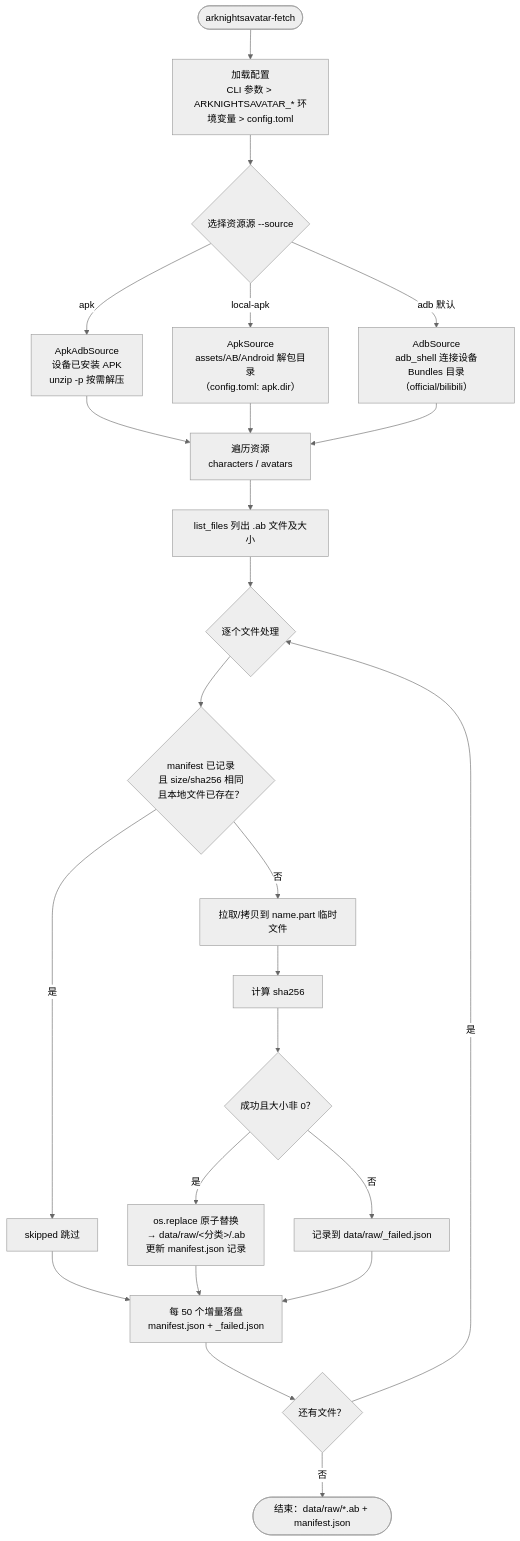
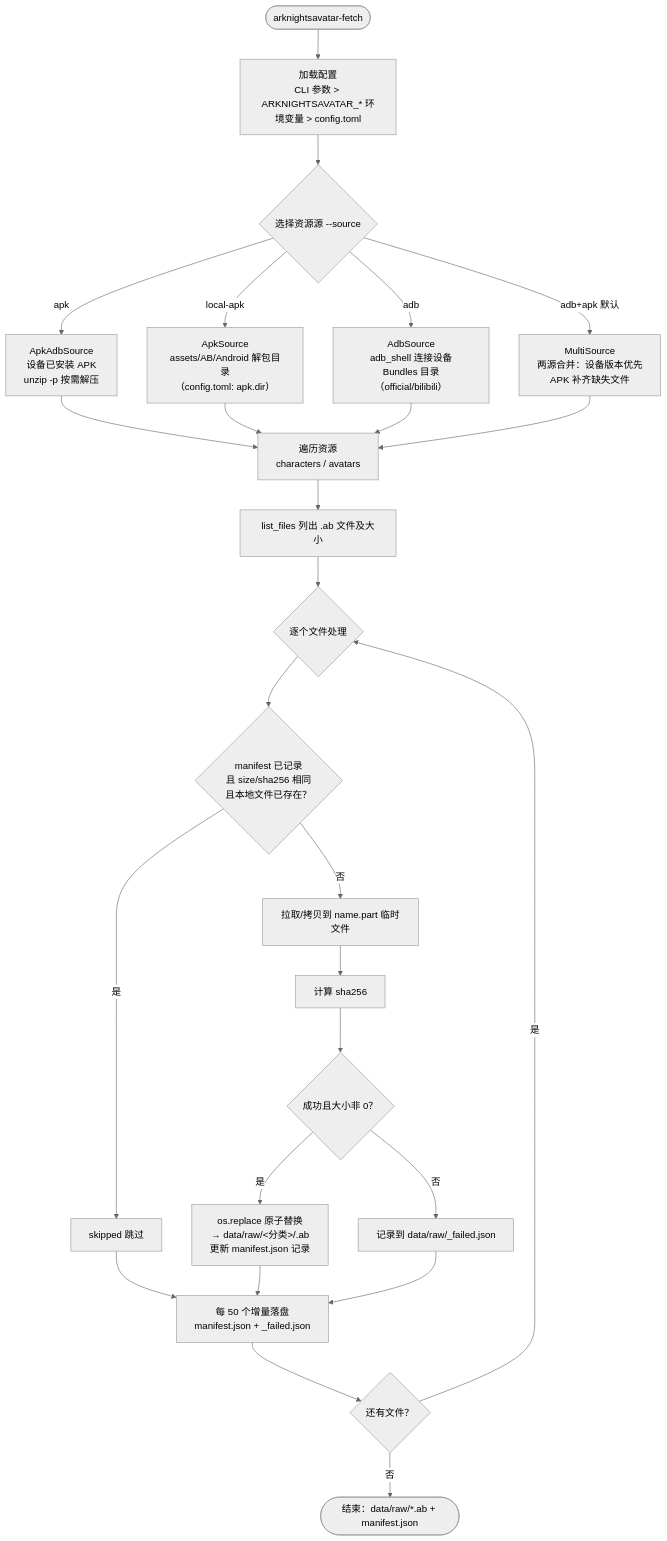
One commit to Arkfans/ArknightsAvatar changed the second of 11 diagrams in docs/生产流程图.md. Above: the diagram before and after it, drawn with Mermaid (neutral theme). The commit also changed other lines of this file and 14 other files, not shown here.

First line of the commit message:
feat(fetch): 默认 adb+apk 双源合并拉取（MultiSource 组合源）

````diff
--- a/docs/生产流程图.md
+++ b/docs/生产流程图.md
@@ -78,26 +78,28 @@
 ```mermaid
 flowchart TD
     Start(["arknightsavatar-fetch"]) --> Cfg["加载配置<br/>CLI 参数 > ARKNIGHTSAVATAR_* 环境变量 > config.toml"]
     Cfg --> Src{"选择资源源 --source"}
     Src -->|"apk"| APK["ApkAdbSource<br/>设备已安装 APK<br/>unzip -p 按需解压"]
     Src -->|"local-apk"| LOCAL["ApkSource<br/>assets/AB/Android 解包目录<br/>（config.toml: apk.dir）"]
-    Src -->|"adb 默认"| ADB["AdbSource<br/>adb_shell 连接设备<br/>Bundles 目录（official/bilibili）"]
+    Src -->|"adb"| ADB["AdbSource<br/>adb_shell 连接设备<br/>Bundles 目录（official/bilibili）"]
+    Src -->|"adb+apk 默认"| MULTI["MultiSource<br/>两源合并：设备版本优先<br/>APK 补齐缺失文件"]
     APK --> Cat["遍历资源<br/>characters / avatars"]
     LOCAL --> Cat
     ADB --> Cat
+    MULTI --> Cat
     Cat --> List["list_files 列出 .ab 文件及大小"]
     List --> Loop{"逐个文件处理"}
     Loop --> Chk{"manifest 已记录<br/>且 size/sha256 相同<br/>且本地文件已存在？"}
     Chk -->|"是"| Skip["skipped 跳过"]
     Chk -->|"否"| Pull["拉取/拷贝到 name.part 临时文件"]
     Pull --> Hash["计算 sha256"]
     Hash --> OK{"成功且大小非 0？"}
     OK -->|"是"| Move["os.replace 原子替换<br/>→ data/raw/<分类>/<name>.ab<br/>更新 manifest.json 记录"]
     OK -->|"否"| Fail["记录到 data/raw/_failed.json"]
     Move --> Save["每 50 个增量落盘<br/>manifest.json + _failed.json"]
     Skip --> Save
     Fail --> Save
     Save --> Next{"还有文件？"}
     Next -->|"是"| Loop
     Next -->|"否"| Done(["结束：data/raw/*.ab + manifest.json"])
 ```
````
